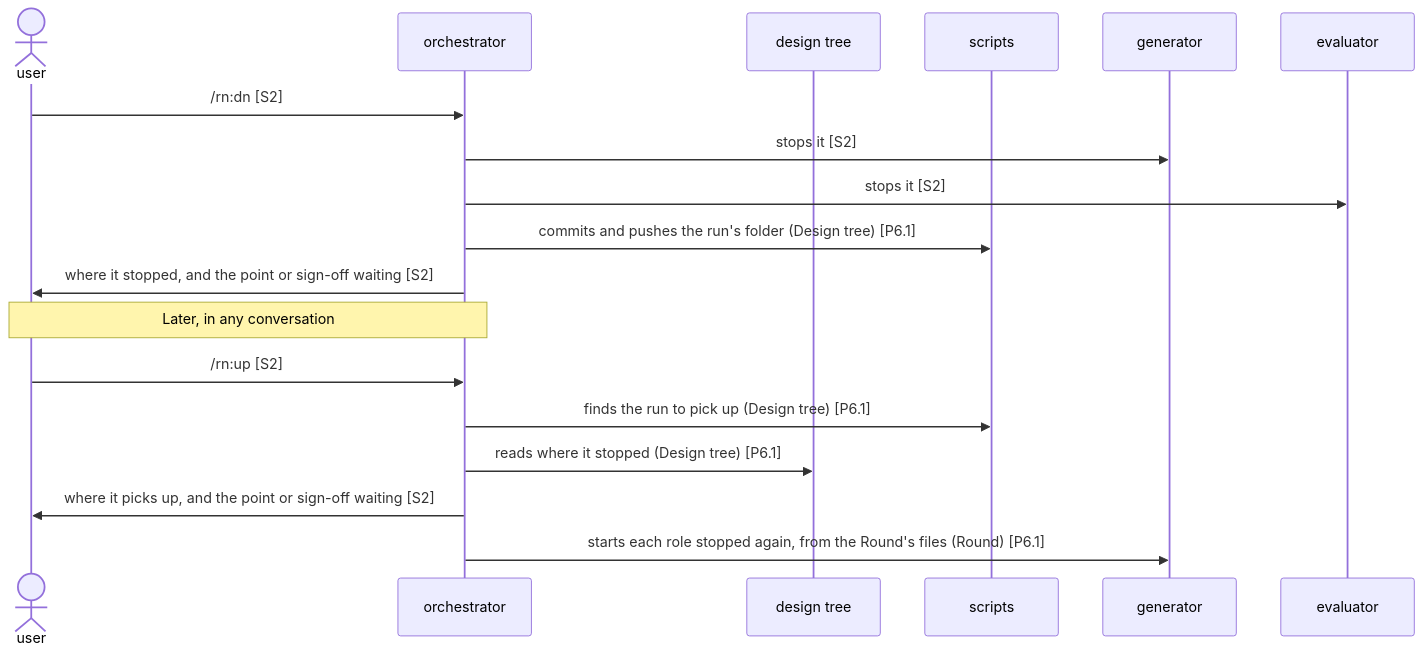
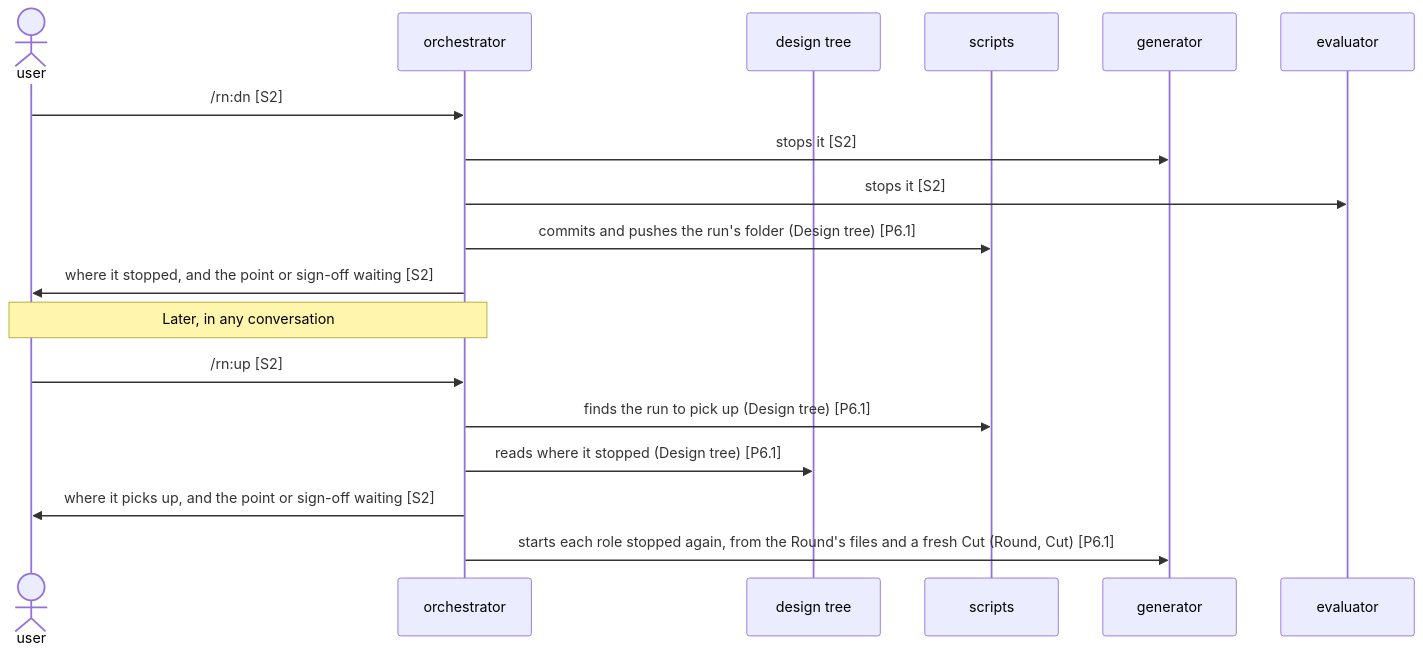
One commit to lovaizu/ccpm changed the second of 2 diagrams in dev/rn/architecture.md. Above: the diagram before and after it, drawn with Mermaid. The commit also changed other lines of this file, not shown here.

````diff
--- a/dev/rn/architecture.md
+++ b/dev/rn/architecture.md
@@ -162,20 +172,20 @@
 ```mermaid
 sequenceDiagram
   actor U as user
   participant O as orchestrator
   participant T as design tree
   participant S as scripts
   participant G as generator
   participant E as evaluator
   U->>O: /rn:dn [S2]
   O->>G: stops it [S2]
   O->>E: stops it [S2]
   O->>S: commits and pushes the run's folder (Design tree) [P6.1]
   O->>U: where it stopped, and the point or sign-off waiting [S2]
   Note over U,O: Later, in any conversation
   U->>O: /rn:up [S2]
   O->>S: finds the run to pick up (Design tree) [P6.1]
   O->>T: reads where it stopped (Design tree) [P6.1]
   O->>U: where it picks up, and the point or sign-off waiting [S2]
-  O->>G: starts each role stopped again, from the Round's files (Round) [P6.1]
+  O->>G: starts each role stopped again, from the Round's files and a fresh Cut (Round, Cut) [P6.1]
 ```
````
